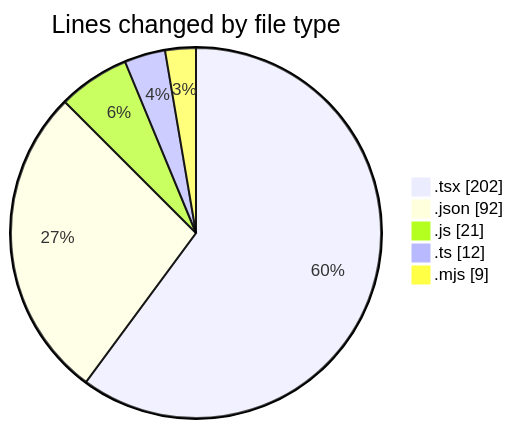
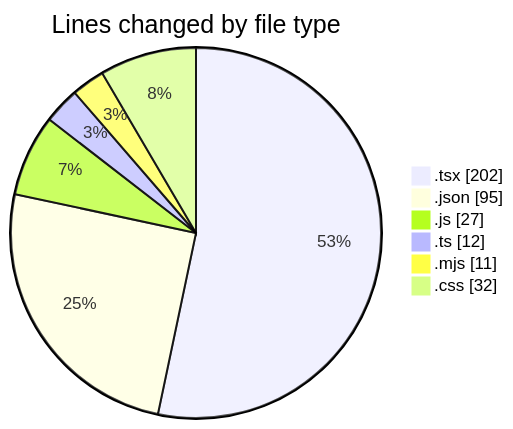
The first of 2 diagrams in 2025-10-25/ai/README.md (IJAZ3593/code-tracking), drawn with Mermaid before and after one commit. The commit also changed other lines of this file and 1 other file, not shown here.

````diff
--- a/2025-10-25/ai/README.md
+++ b/2025-10-25/ai/README.md
@@ -26,9 +27,10 @@
 ```mermaid
 pie showData
 title Lines changed by file type
 ".tsx" : 202
-".json" : 92
-".js" : 21
+".json" : 95
+".js" : 27
 ".ts" : 12
-".mjs" : 9
+".mjs" : 11
+".css" : 32
 ```
````
